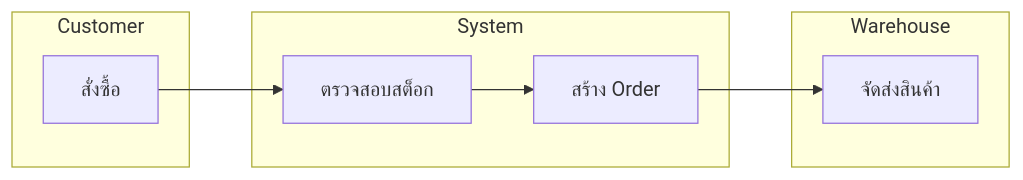
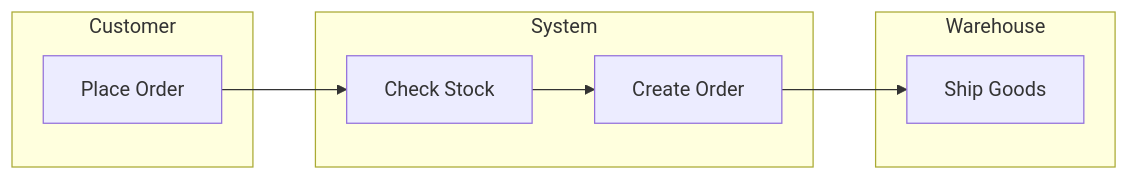
Before and after one commit to mounchons/AgentMarketPlace: the fourth of 13 diagrams in plugins/system-design-doc/commands/create-diagram.md, drawn with Mermaid. The commit also changed other lines of this file and 51 other files, not shown here.

````diff
--- a/plugins/system-design-doc/commands/create-diagram.md
+++ b/plugins/system-design-doc/commands/create-diagram.md
@@ -123,16 +123,16 @@
 ```mermaid
 flowchart LR
     subgraph Customer
-        A[สั่งซื้อ]
+        A[Place Order]
     end
     subgraph System
-        B[ตรวจสอบสต็อก]
-        C[สร้าง Order]
+        B[Check Stock]
+        C[Create Order]
     end
     subgraph Warehouse
-        D[จัดส่งสินค้า]
+        D[Ship Goods]
     end
     A --> B
     B --> C
     C --> D
 ```
````
